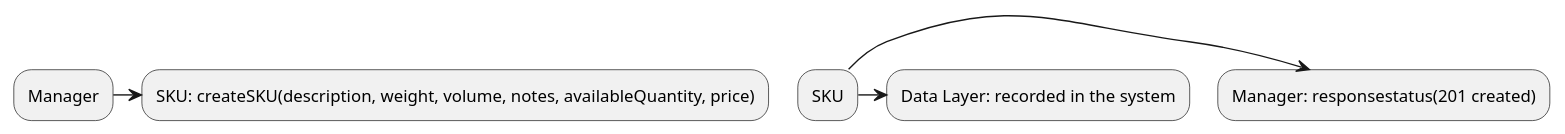
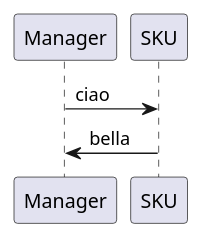
The second of 5 diagrams in DesignDocument.md (robsanity/JavascriptBackEndProjectAndTesting), drawn with PlantUML before and after one commit.

````diff
--- a/DesignDocument.md
+++ b/DesignDocument.md
@@ -248,6 +248,5 @@
 ```plantuml
-Manager -> SKU: createSKU(description, weight, volume, notes, availableQuantity, price)
-SKU->Manager: responsestatus(201 created)
-SKU->Data Layer: recorded in the system 
+Manager -> SKU: ciao
+SKU-> Manager : bella
 
 ```
````
